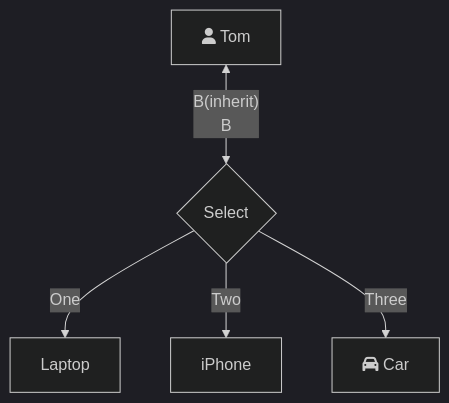
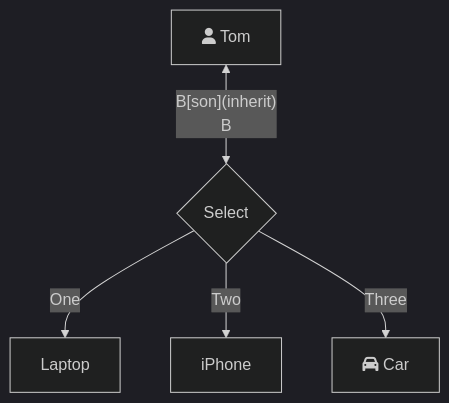
One commit to Jason-DancingBoy/iodraw-files changed the diagram in all/未命名.md. Above: the diagram before and after it, drawn with Mermaid (dark theme).

Commit message:
2026-01-02 20:29:34 update

````diff
--- a/all/未命名.md
+++ b/all/未命名.md
@@ -1,9 +1,9 @@
 ```mermaid
 graph TD
-    A[fa:fa-user Tom] <--  B(inherit)
+    A[fa:fa-user Tom] <--  B[son](inherit)
     B --> C{Select}
     C -->|One| D[Laptop]
     C -->|Two| E[iPhone]
     C -->|Three| F[fa:fa-car Car]
 
 ```
````
